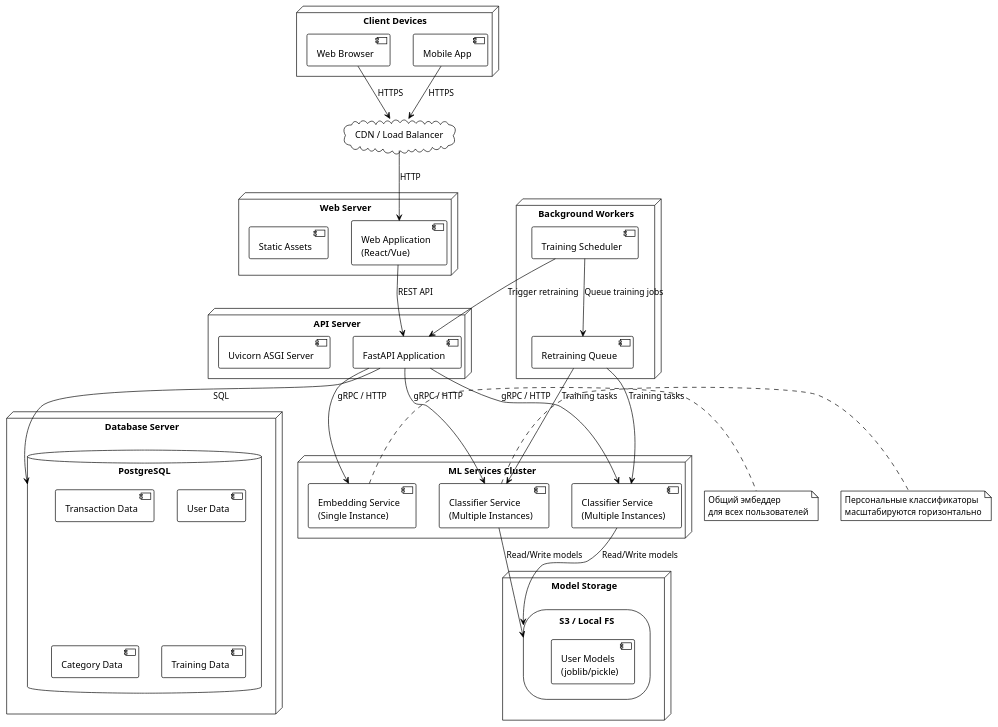
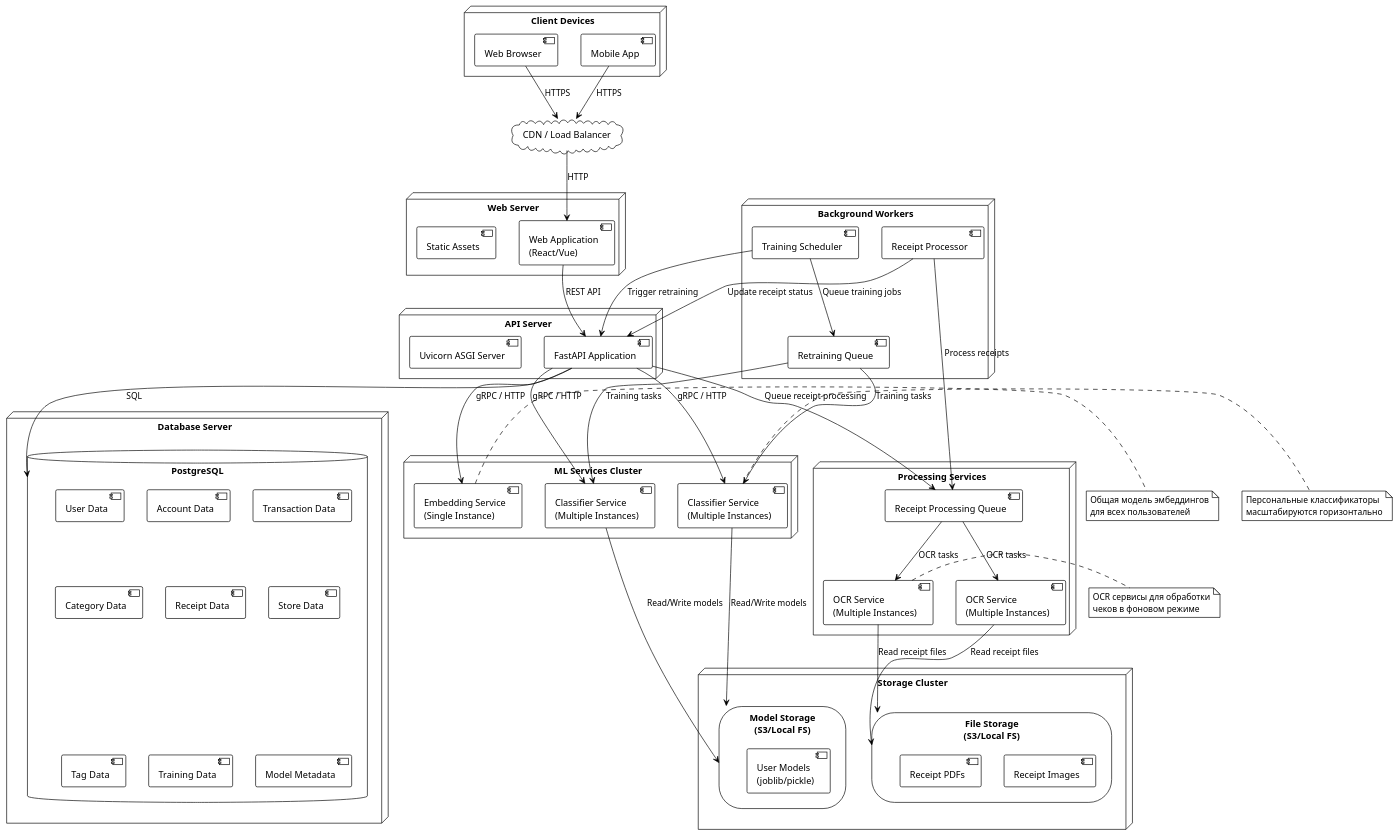
One commit to MoneyCluster/CategorAIze changed the seventh of 7 diagrams in docs/adr/001-global-adr.md. Above: the diagram before and after it, drawn with PlantUML. The commit also changed other lines of this file, not shown here.

Commit message:
Update UML diagrams

````diff
--- a/docs/adr/001-global-adr.md
+++ b/docs/adr/001-global-adr.md
@@ -655,43 +974,71 @@
   [Classifier Service\n(Multiple Instances)] as ClassifierSvc2
 }
 
+node "Processing Services" {
+  [OCR Service\n(Multiple Instances)] as OCRSvc1
+  [OCR Service\n(Multiple Instances)] as OCRSvc2
+  [Receipt Processing Queue] as ReceiptQueue
+}
+
 node "Database Server" {
   database "PostgreSQL" as PG {
+    [User Data]
+    [Account Data]
     [Transaction Data]
-    [User Data]
     [Category Data]
+    [Receipt Data]
+    [Store Data]
+    [Tag Data]
     [Training Data]
+    [Model Metadata]
   }
 }
 
-node "Model Storage" {
-  storage "S3 / Local FS" as Storage {
+node "Storage Cluster" {
+  storage "Model Storage\n(S3/Local FS)" as ModelStorage {
     [User Models\n(joblib/pickle)]
+  }
+  storage "File Storage\n(S3/Local FS)" as FileStorage {
+    [Receipt Images]
+    [Receipt PDFs]
   }
 }
 
 node "Background Workers" {
-  [Training Scheduler] as Scheduler
-  [Retraining Queue] as Queue
+  [Training Scheduler] as TrainScheduler
+  [Receipt Processor] as ReceiptProcessor
+  [Retraining Queue] as TrainQueue
 }
 
 Browser --> CDN : HTTPS
 MobileApp --> CDN : HTTPS
 CDN --> WebApp : HTTP
 WebApp --> FastAPI : REST API
+
 FastAPI --> EmbedSvc : gRPC / HTTP
 FastAPI --> ClassifierSvc1 : gRPC / HTTP
 FastAPI --> ClassifierSvc2 : gRPC / HTTP
 FastAPI --> PG : SQL
-ClassifierSvc1 --> Storage : Read/Write models
-ClassifierSvc2 --> Storage : Read/Write models
-Scheduler --> FastAPI : Trigger retraining
-Scheduler --> Queue : Queue training jobs
-Queue --> ClassifierSvc1 : Training tasks
-Queue --> ClassifierSvc2 : Training tasks
+FastAPI --> ReceiptQueue : Queue receipt processing
+
+ReceiptQueue --> OCRSvc1 : OCR tasks
+ReceiptQueue --> OCRSvc2 : OCR tasks
+OCRSvc1 --> FileStorage : Read receipt files
+OCRSvc2 --> FileStorage : Read receipt files
+
+ClassifierSvc1 --> ModelStorage : Read/Write models
+ClassifierSvc2 --> ModelStorage : Read/Write models
+
+TrainScheduler --> FastAPI : Trigger retraining
+TrainScheduler --> TrainQueue : Queue training jobs
+TrainQueue --> ClassifierSvc1 : Training tasks
+TrainQueue --> ClassifierSvc2 : Training tasks
+
+ReceiptProcessor --> ReceiptQueue : Process receipts
+ReceiptProcessor --> FastAPI : Update receipt status
 
 note right of EmbedSvc
-  Общий эмбеддер
+  Общая модель эмбеддингов
   для всех пользователей
 end note
 
@@ -700,5 +1047,10 @@
   масштабируются горизонтально
 end note
 
+note right of OCRSvc1
+  OCR сервисы для обработки
+  чеков в фоновом режиме
+end note
+
 @enduml
 ```
````
